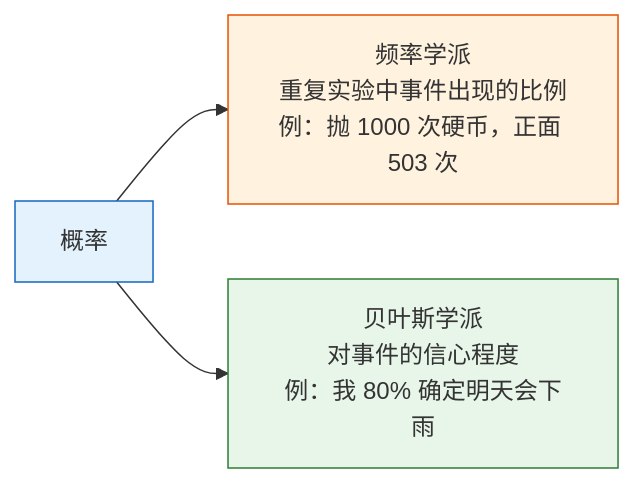
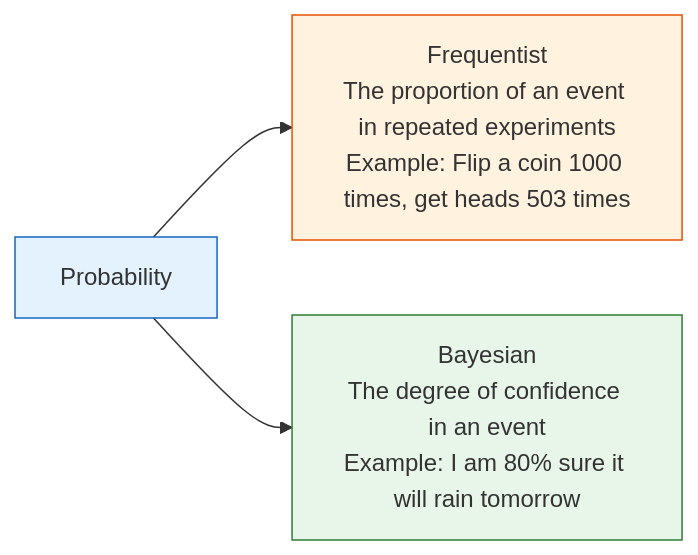
One commit to oudbiao/AI-fullstack-course changed the first of 3 diagrams in docs/ch04-ai-math/ch02-probability/01-probability-basics.md. Above: the diagram before and after it, drawn with Mermaid. The commit also changed other lines of this file and 1406 other files, not shown here.

````diff
--- a/docs/ch04-ai-math/ch02-probability/01-probability-basics.md
+++ b/docs/ch04-ai-math/ch02-probability/01-probability-basics.md
@@ -113,10 +113,10 @@
 ```mermaid
 flowchart LR
-    P["概率"]
-    P --> F["频率学派<br/>重复实验中事件出现的比例<br/>例：抛 1000 次硬币，正面 503 次"]
-    P --> B["贝叶斯学派<br/>对事件的信心程度<br/>例：我 80% 确定明天会下雨"]
+    P["Probability"]
+    P --> F["Frequentist<br/>The proportion of an event in repeated experiments<br/>Example: Flip a coin 1000 times, get heads 503 times"]
+    P --> B["Bayesian<br/>The degree of confidence in an event<br/>Example: I am 80% sure it will rain tomorrow"]
 
     style P fill:#e3f2fd,stroke:#1565c0,color:#333
     style F fill:#fff3e0,stroke:#e65100,color:#333
     style B fill:#e8f5e9,stroke:#2e7d32,color:#333
 ```
````
